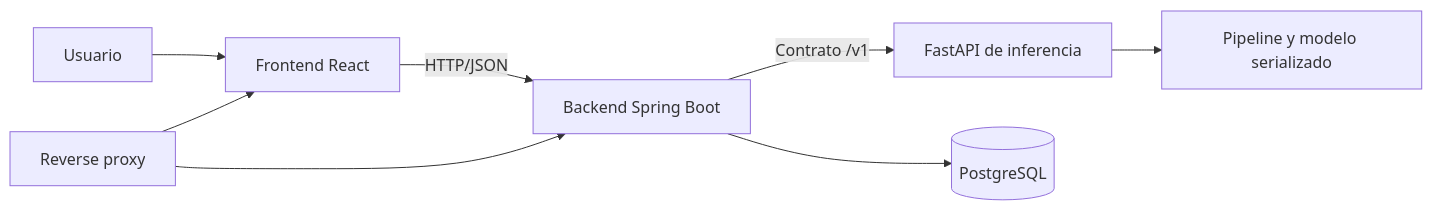
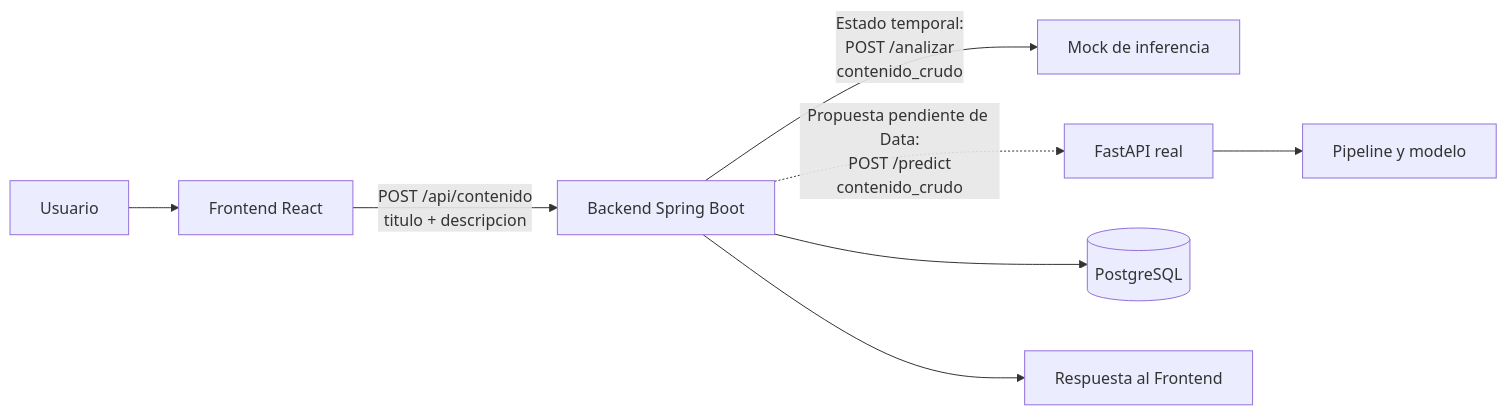
The diagram in docs/architecture.md (No-Country-simulation/G9-LATAM-Team-61), drawn with Mermaid before and after one commit. The commit also changed other lines of this file and 9 other files, not shown here.

````diff
--- a/docs/architecture.md
+++ b/docs/architecture.md
@@ -18,10 +26,10 @@
 ```mermaid
 flowchart LR
     U["Usuario"] --> F["Frontend React"]
-    F -->|"HTTP/JSON"| B["Backend Spring Boot"]
-    B -->|"Contrato /v1"| I["FastAPI de inferencia"]
-    I --> M["Pipeline y modelo serializado"]
+    F -->|"POST /api/contenido<br/>titulo + descripcion"| B["Backend Spring Boot"]
+    B -->|"Estado temporal:<br/>POST /analizar<br/>contenido_crudo"| T["Mock de inferencia"]
+    B -.->|"Propuesta pendiente de Data:<br/>POST /predict<br/>contenido_crudo"| I["FastAPI real"]
+    I --> M["Pipeline y modelo"]
     B --> D[("PostgreSQL")]
-    P["Reverse proxy"] --> F
-    P --> B
+    B --> R["Respuesta al Frontend"]
 ```
````
